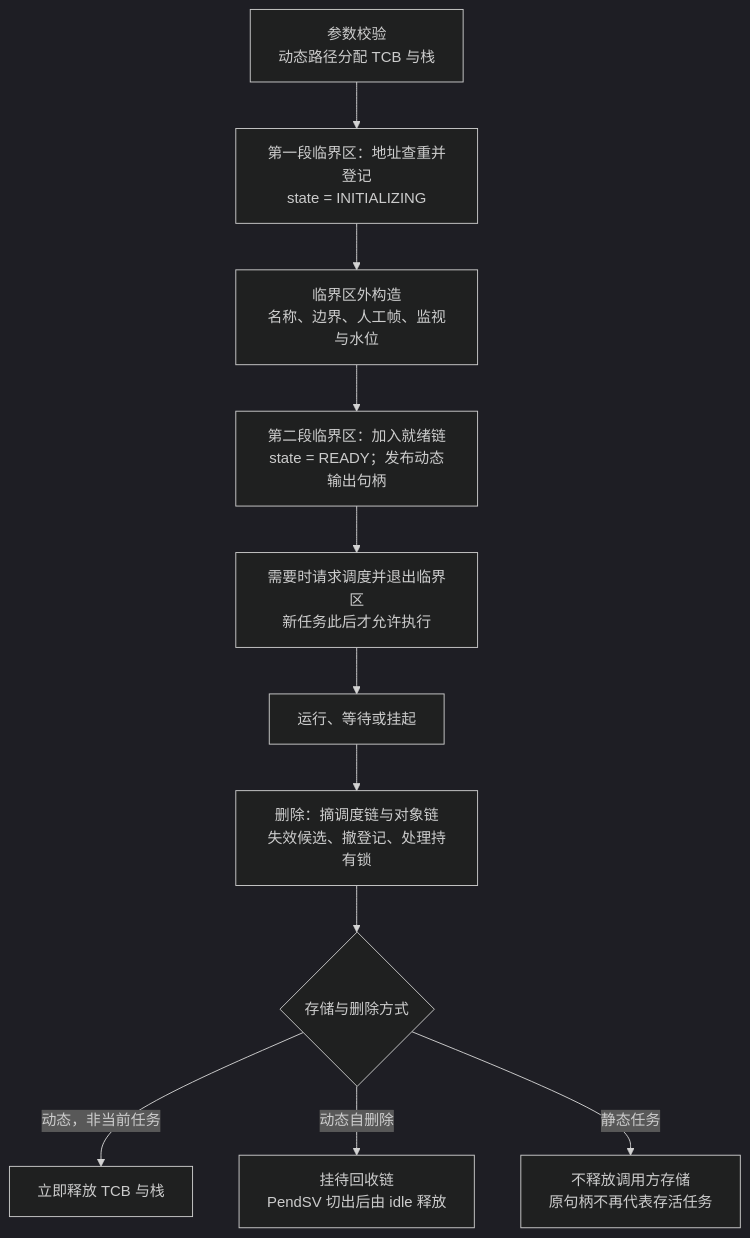
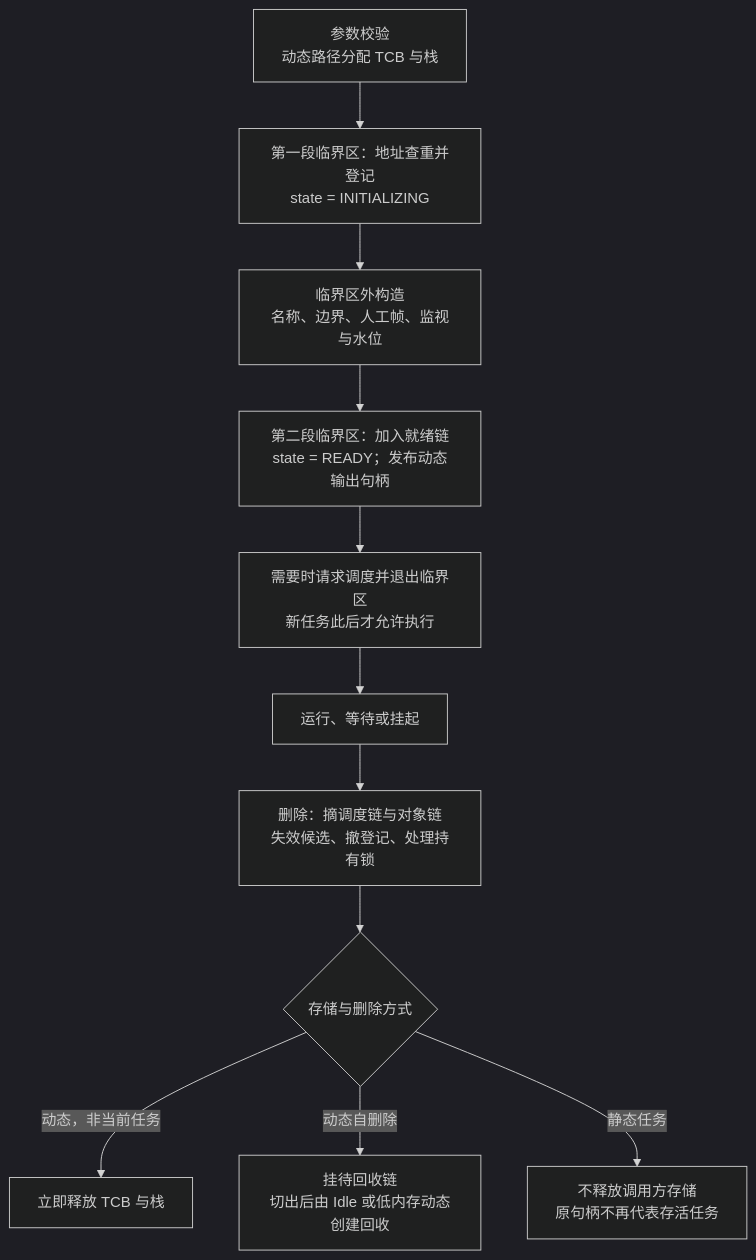
Diagram 12 of 19 in docs/rtos_design.md (ArchHang/RTOS), drawn with Mermaid (dark theme) before and after one commit. The commit also changed other lines of this file and 52 other files, not shown here.

````diff
--- a/docs/rtos_design.md
+++ b/docs/rtos_design.md
@@ -1083,13 +1098,13 @@
 ```mermaid
 flowchart TD
     A["参数校验<br/>动态路径分配 TCB 与栈"] --> B["第一段临界区：地址查重并登记<br/>state = INITIALIZING"]
     B --> C["临界区外构造<br/>名称、边界、人工帧、监视与水位"]
     C --> D["第二段临界区：加入就绪链<br/>state = READY；发布动态输出句柄"]
     D --> E["需要时请求调度并退出临界区<br/>新任务此后才允许执行"]
     E --> F["运行、等待或挂起"]
     F --> G["删除：摘调度链与对象链<br/>失效候选、撤登记、处理持有锁"]
     G --> H{"存储与删除方式"}
     H -->|"动态，非当前任务"| I["立即释放 TCB 与栈"]
-    H -->|"动态自删除"| J["挂待回收链<br/>PendSV 切出后由 idle 释放"]
+    H -->|"动态自删除"| J["挂待回收链<br/>切出后由 Idle 或低内存动态创建回收"]
     H -->|"静态任务"| K["不释放调用方存储<br/>原句柄不再代表存活任务"]
 ```
````
